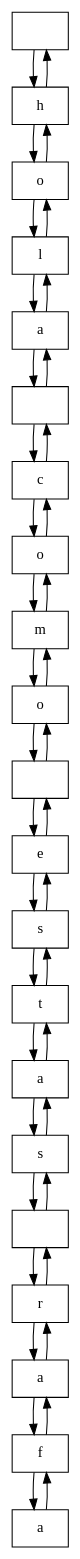
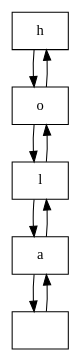
The diagram in Practica 1/ListaDobleLetras.dot (elJuanjoRamos/P1_3STRUCTURAS), drawn with Graphviz before and after one commit. The commit also changed 25 other files, not shown here.

```diff
--- a/Practica 1/ListaDobleLetras.dot
+++ b/Practica 1/ListaDobleLetras.dot
@@ -1,63 +1,15 @@
 digraph G {node[shape = box];
-Nodo0 [label = " "];
-Nodo1 [label = "h"];
-Nodo2 [label = "o"];
-Nodo3 [label = "l"];
-Nodo4 [label = "a"];
-Nodo5 [label = " "];
-Nodo6 [label = "c"];
-Nodo7 [label = "o"];
-Nodo8 [label = "m"];
-Nodo9 [label = "o"];
-Nodo10 [label = " "];
-Nodo11 [label = "e"];
-Nodo12 [label = "s"];
-Nodo13 [label = "t"];
-Nodo14 [label = "a"];
-Nodo15 [label = "s"];
-Nodo16 [label = " "];
-Nodo17 [label = "r"];
-Nodo18 [label = "a"];
-Nodo19 [label = "f"];
-Nodo20 [label = "a"];
+Nodo0 [label = "h"];
+Nodo1 [label = "o"];
+Nodo2 [label = "l"];
+Nodo3 [label = "a"];
+Nodo4 [label = " "];
 Nodo0->Nodo1;
 Nodo1->Nodo0;
 Nodo1->Nodo2;
 Nodo2->Nodo1;
 Nodo2->Nodo3;
 Nodo3->Nodo2;
 Nodo3->Nodo4;
 Nodo4->Nodo3;
-Nodo4->Nodo5;
-Nodo5->Nodo4;
-Nodo5->Nodo6;
-Nodo6->Nodo5;
-Nodo6->Nodo7;
-Nodo7->Nodo6;
-Nodo7->Nodo8;
-Nodo8->Nodo7;
-Nodo8->Nodo9;
-Nodo9->Nodo8;
-Nodo9->Nodo10;
-Nodo10->Nodo9;
-Nodo10->Nodo11;
-Nodo11->Nodo10;
-Nodo11->Nodo12;
-Nodo12->Nodo11;
-Nodo12->Nodo13;
-Nodo13->Nodo12;
-Nodo13->Nodo14;
-Nodo14->Nodo13;
-Nodo14->Nodo15;
-Nodo15->Nodo14;
-Nodo15->Nodo16;
-Nodo16->Nodo15;
-Nodo16->Nodo17;
-Nodo17->Nodo16;
-Nodo17->Nodo18;
-Nodo18->Nodo17;
-Nodo18->Nodo19;
-Nodo19->Nodo18;
-Nodo19->Nodo20;
-Nodo20->Nodo19;
 }
```
